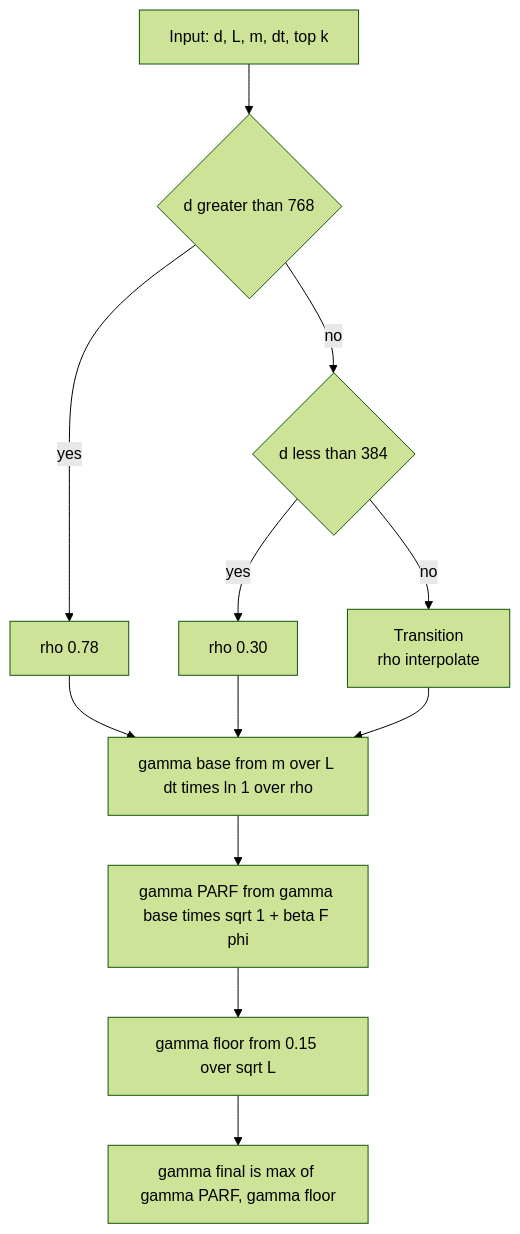
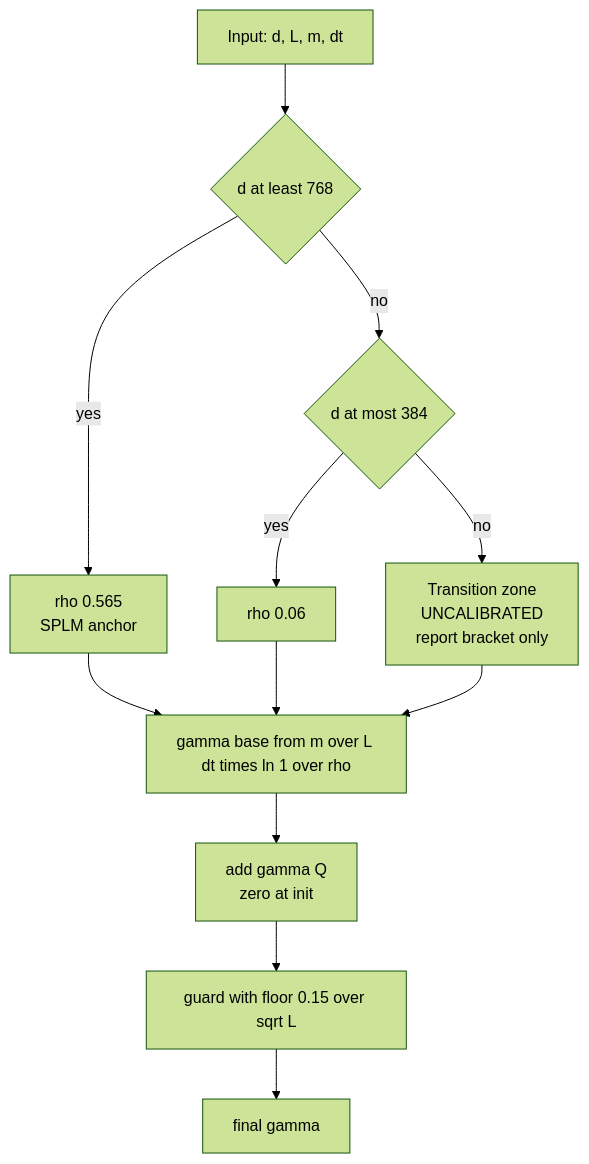
Before and after one commit to dimitarpg13/semsimula-paper: the fourth of 5 diagrams in companion_notes/Determining_optimal_gamma_for_Fock-PARFLM.md, drawn with Mermaid (forest theme). The commit also changed other lines of this file, not shown here.

Commit message:
update markdown with latest gamma sweep results

````diff
--- a/companion_notes/Determining_optimal_gamma_for_Fock-PARFLM.md
+++ b/companion_notes/Determining_optimal_gamma_for_Fock-PARFLM.md
@@ -527,25 +563,25 @@
 ```mermaid
 flowchart TB
-    INPUT["Input: d, L, m, dt, top k"]
-    DIM{"d greater than 768"}
-    LOW{"d less than 384"}
-    MID["Transition<br>rho interpolate"]
-    RHOH["rho 0.78"]
-    RHOL["rho 0.30"]
+    INPUT["Input: d, L, m, dt"]
+    DIM{"d at least 768"}
+    LOW{"d at most 384"}
+    MID["Transition zone<br>UNCALIBRATED<br>report bracket only"]
+    RHOH["rho 0.565<br>SPLM anchor"]
+    RHOL["rho 0.06"]
     BASE["gamma base from m over L dt times ln 1 over rho"]
-    PARF["gamma PARF from gamma base times sqrt 1 + beta F phi"]
-    FLOOR["gamma floor from 0.15 over sqrt L"]
-    FINAL["gamma final is max of gamma PARF, gamma floor"]
+    GQ["add gamma Q<br>zero at init"]
+    FLOOR["guard with floor 0.15 over sqrt L"]
+    FINAL["final gamma"]
 
     INPUT --> DIM
     DIM -->|yes| RHOH
     DIM -->|no| LOW
     LOW -->|yes| RHOL
     LOW -->|no| MID
     RHOH --> BASE
     RHOL --> BASE
     MID --> BASE
-    BASE --> PARF
-    PARF --> FLOOR
+    BASE --> GQ
+    GQ --> FLOOR
     FLOOR --> FINAL
 ```
````
